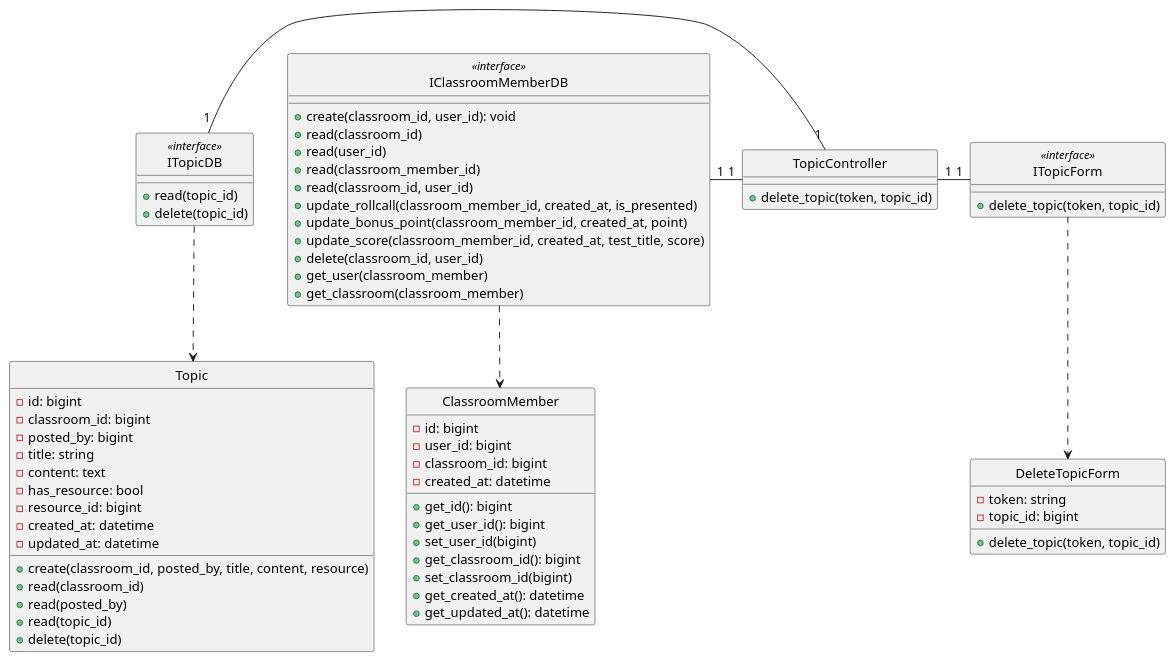
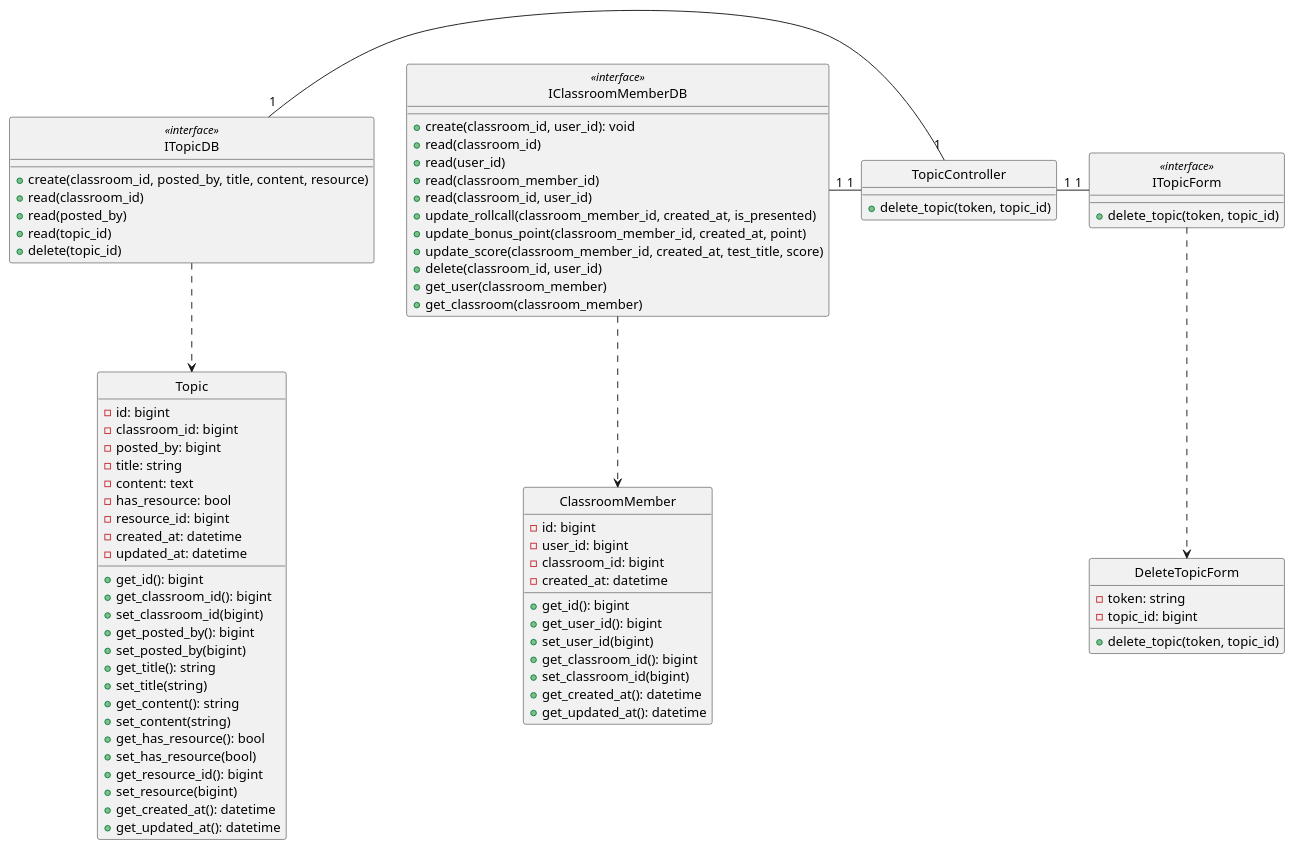
Before and after one commit to anonyhostvn/OOAD-Diagram: the diagram in class - design/topic/deleteTopic.plantuml, drawn with PlantUML. The commit also changed 8 other files, not shown here.

```diff
--- a/class - design/topic/deleteTopic.plantuml
+++ b/class - design/topic/deleteTopic.plantuml
@@ -1,88 +1,101 @@
 @startuml createTopic
 
 class DeleteTopicForm {
     - token: string
     - topic_id: bigint
 
     + delete_topic(token, topic_id)
 }
 
 class ITopicForm <<interface>> {
     + delete_topic(token, topic_id)
 }
 
 class TopicController {
     + delete_topic(token, topic_id)
 }
 
 class ClassroomMember {
     - id: bigint
     - user_id: bigint
     - classroom_id: bigint
     - created_at: datetime
 
     + get_id(): bigint
     + get_user_id(): bigint
     + set_user_id(bigint)
     + get_classroom_id(): bigint
     + set_classroom_id(bigint)
     + get_created_at(): datetime
     + get_updated_at(): datetime
 }
 
 class IClassroomMemberDB <<interface>> {
     + create(classroom_id, user_id): void
     + read(classroom_id)
     + read(user_id)
     + read(classroom_member_id)
     + read(classroom_id, user_id)
     + update_rollcall(classroom_member_id, created_at, is_presented)
     + update_bonus_point(classroom_member_id, created_at, point)
     + update_score(classroom_member_id, created_at, test_title, score)
     + delete(classroom_id, user_id)
     + get_user(classroom_member)
     + get_classroom(classroom_member)
 }
 
 
 class Topic {
     - id: bigint
     - classroom_id: bigint
     - posted_by: bigint
     - title: string
     - content: text
     - has_resource: bool
     - resource_id: bigint
     - created_at: datetime
     - updated_at: datetime
 
+    + get_id(): bigint
+    + get_classroom_id(): bigint
+    + set_classroom_id(bigint)
+    + get_posted_by(): bigint
+    + set_posted_by(bigint)
+    + get_title(): string
+    + set_title(string)
+    + get_content(): string
+    + set_content(string)
+    + get_has_resource(): bool
+    + set_has_resource(bool)
+    + get_resource_id(): bigint
+    + set_resource(bigint)
+    + get_created_at(): datetime
+    + get_updated_at(): datetime
+}
+
+class ITopicDB <<interface>> {
     + create(classroom_id, posted_by, title, content, resource)
     + read(classroom_id)
     + read(posted_by)
-    + read(topic_id)
-    + delete(topic_id)
-}
-
-class ITopicDB <<interface>> {
     + read(topic_id)
     + delete(topic_id)
 }
 
 hide DeleteTopicForm circle
 hide ITopicForm <<interface>> circle
 hide TopicController circle
 hide IClassroomMemberDB <<interface>> circle
 hide ClassroomMember circle
 hide ITopicDB <<interface>> circle
 hide Topic circle 
 
 
 ITopicForm .down.> DeleteTopicForm
 IClassroomMemberDB .down.> ClassroomMember
 ITopicDB .down.> Topic
 ITopicForm "1"-left-"1" TopicController
 TopicController "1"-left-"1" IClassroomMemberDB
 TopicController "1"-left-"1" ITopicDB
 
 
 @enduml
```
